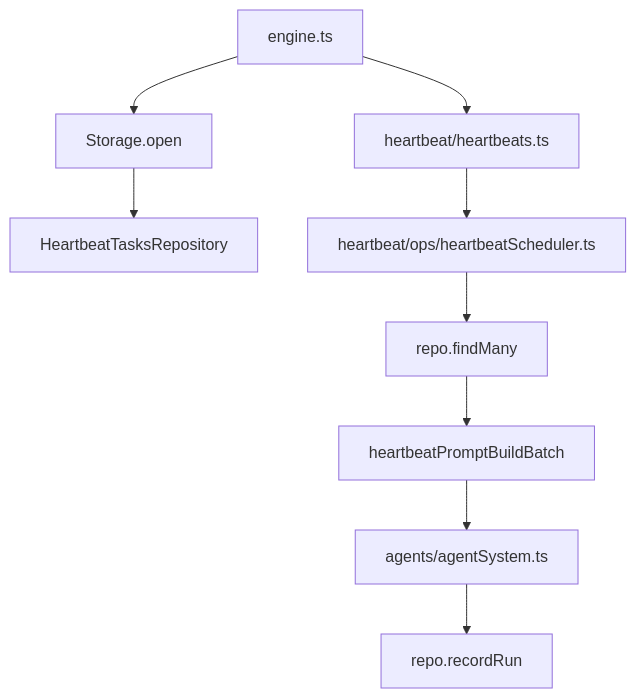
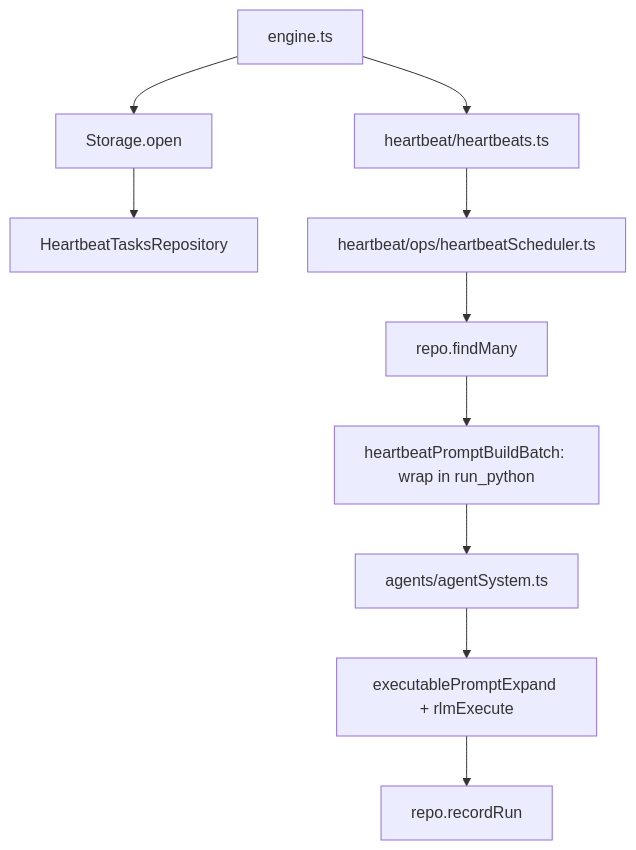
One commit to ex3ndr/daycare changed the diagram in doc/internals/heartbeat.md. Above: the diagram before and after it, drawn with Mermaid. The commit also changed other lines of this file and 11 other files, not shown here.

First line of the commit message:
feat(heartbeat,cron): switch to Python-only code for task prompts

````diff
--- a/doc/internals/heartbeat.md
+++ b/doc/internals/heartbeat.md
@@ -19,11 +21,12 @@
 ```mermaid
 flowchart TD
   Engine[engine.ts] --> Storage[Storage.open]
   Storage --> Repo[HeartbeatTasksRepository]
   Engine --> Heartbeats[heartbeat/heartbeats.ts]
   Heartbeats --> Scheduler[heartbeat/ops/heartbeatScheduler.ts]
   Scheduler --> Load[repo.findMany]
-  Load --> Batch[heartbeatPromptBuildBatch]
+  Load --> Batch[heartbeatPromptBuildBatch: wrap in run_python]
   Batch --> AgentSystem[agents/agentSystem.ts]
-  AgentSystem --> Persist[repo.recordRun]
+  AgentSystem --> RLM[executablePromptExpand + rlmExecute]
+  RLM --> Persist[repo.recordRun]
 ```
````
